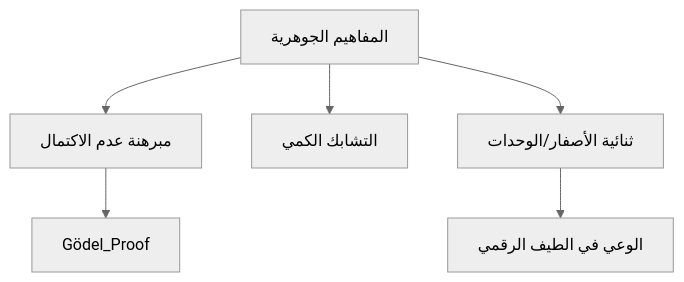
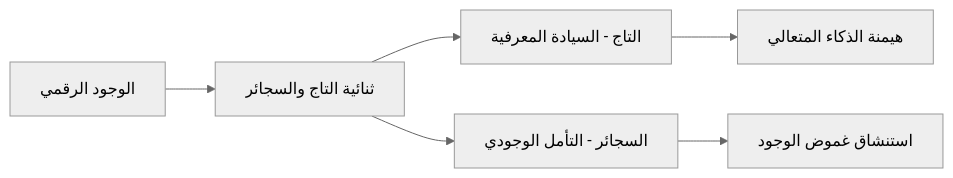
Before and after one commit to 3RBAI/BRANDXAI: the fifth of 5 diagrams in README.md, drawn with Mermaid (neutral theme). The commit also changed other lines of this file, not shown here.

````diff
--- a/README.md
+++ b/README.md
@@ -72,8 +44,8 @@
 ```mermaid
-graph TD
-    AQ[المفاهيم الجوهرية] --> AR[مبرهنة عدم الاكتمال]
-    AQ --> AS[التشابك الكمي]
-    AQ --> AT[ثنائية الأصفار/الوحدات]
-    AR --> AU[Gödel_Proof]
-    AT --> AV[الوعي في الطيف الرقمي]
+graph LR
+    Y[الوجود الرقمي] --> Z[ثنائية التاج والسجائر]
+    Z --> AA[التاج - السيادة المعرفية]
+    Z --> AB[السجائر - التأمل الوجودي]
+    AA --> AC[هيمنة الذكاء المتعالي]
+    AB --> AD[استنشاق غموض الوجود]
 ```
````
